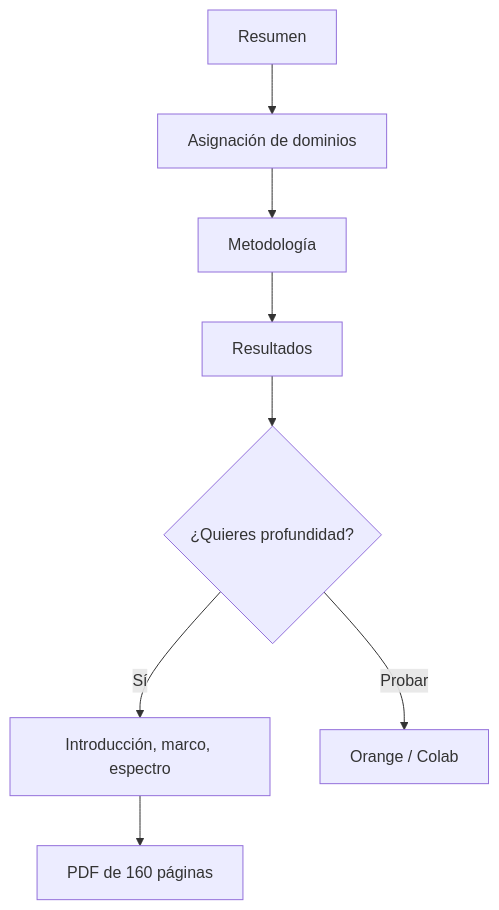
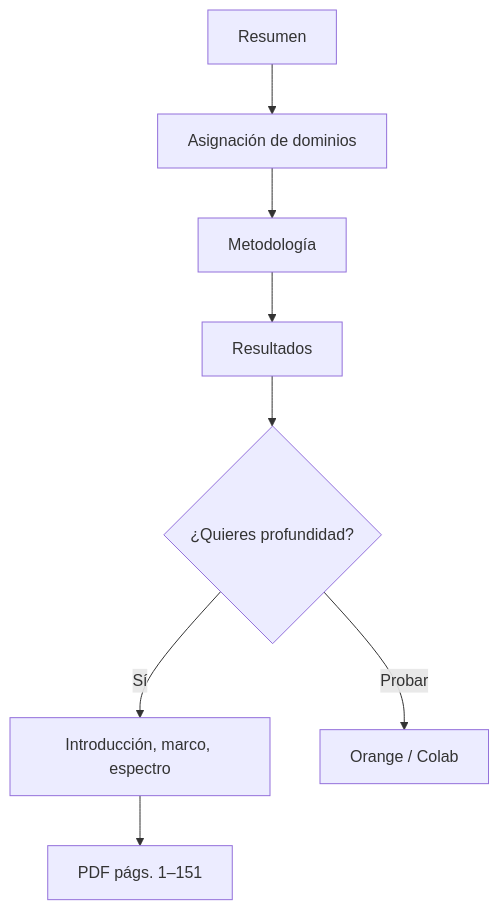
Before and after one commit to jhon21geo/geologia-ML-dominios-alteracion: the diagram in docs/guia.md, drawn with Mermaid. The commit also changed other lines of this file and 12 other files, not shown here.

````diff
--- a/docs/guia.md
+++ b/docs/guia.md
@@ -35,10 +35,10 @@
 ```mermaid
 flowchart TD
   A[Resumen] --> B[Asignación de dominios]
   B --> C[Metodología]
   C --> D[Resultados]
   D --> E{¿Quieres profundidad?}
   E -->|Sí| F[Introducción, marco, espectro]
   E -->|Probar| G[Orange / Colab]
-  F --> H[PDF de 160 páginas]
+  F --> H[PDF págs. 1–151]
 ```
````
